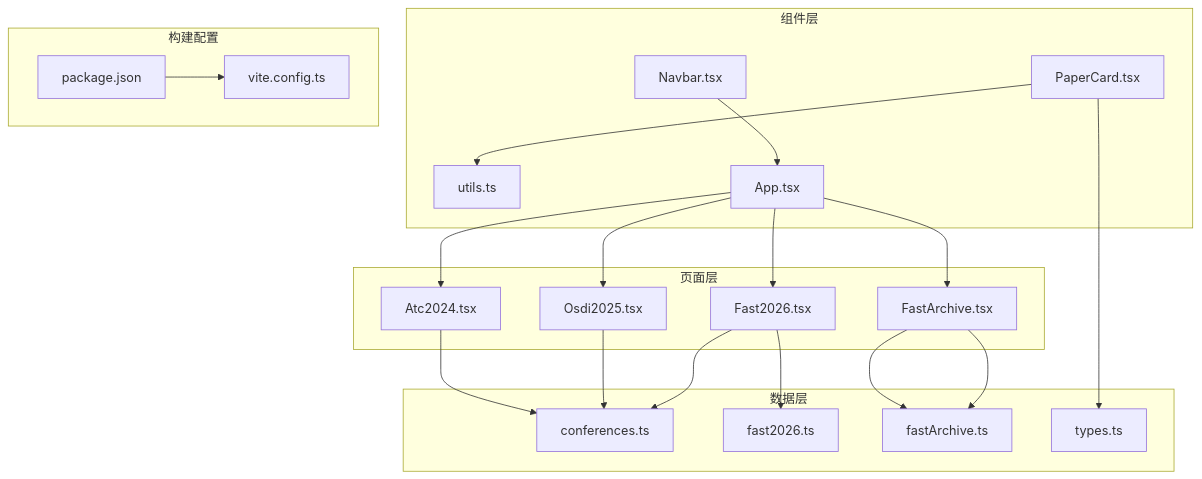
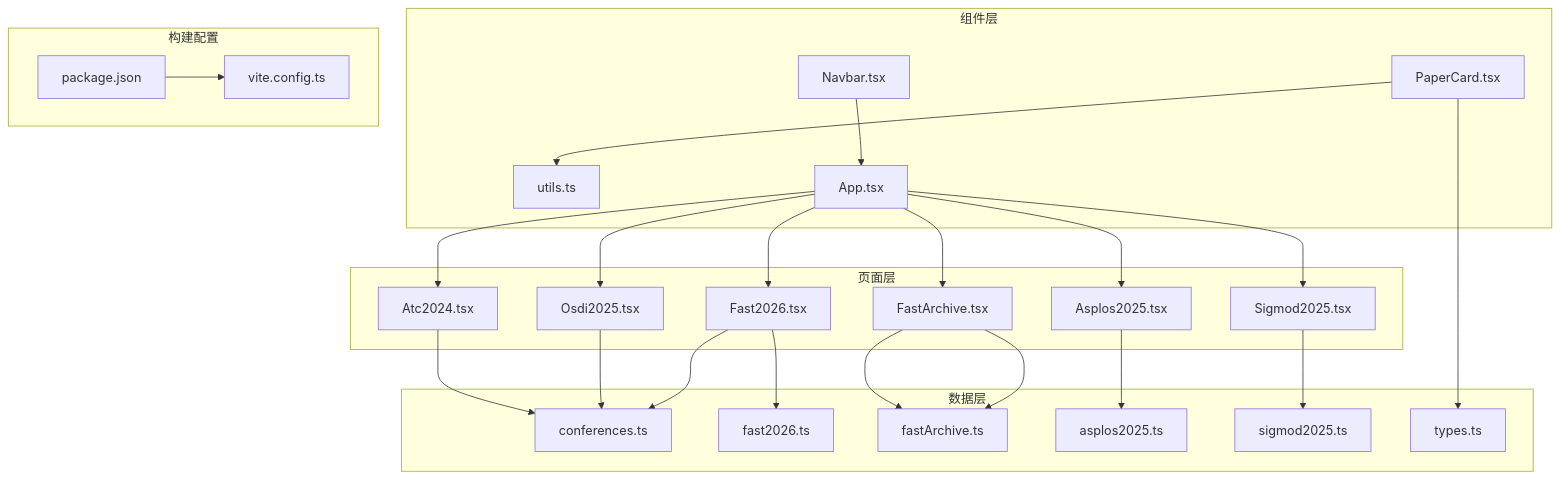
Before and after one commit to erikliu123/storage_ai_blog: the first of 3 diagrams in .qoder/repowiki/zh/content/页面组件/会议专题页面.md, drawn with Mermaid. The commit also changed other lines of this file and 84 other files, not shown here.

````diff
--- a/.qoder/repowiki/zh/content/页面组件/会议专题页面.md
+++ b/.qoder/repowiki/zh/content/页面组件/会议专题页面.md
@@ -46,39 +57,47 @@
 ```mermaid
 graph TB
 subgraph "页面层"
 F2026["Fast2026.tsx"]
 FA["FastArchive.tsx"]
 O2025["Osdi2025.tsx"]
 A2024["Atc2024.tsx"]
+AS2025["Asplos2025.tsx"]
+S2025["Sigmod2025.tsx"]
 end
 subgraph "数据层"
 CONF["conferences.ts"]
 F2026DATA["fast2026.ts"]
 FARCHIVE["fastArchive.ts"]
+ASDATA["asplos2025.ts"]
+SDATA["sigmod2025.ts"]
 TYPES["types.ts"]
 end
 subgraph "组件层"
 PC["PaperCard.tsx"]
 UTILS["utils.ts"]
 NAV["Navbar.tsx"]
 APP["App.tsx"]
 end
 subgraph "构建配置"
 PKG["package.json"]
 VITE["vite.config.ts"]
 end
 F2026 --> CONF
 FA --> FARCHIVE
 O2025 --> CONF
 A2024 --> CONF
+AS2025 --> ASDATA
+S2025 --> SDATA
 F2026 --> F2026DATA
 FA --> FARCHIVE
 PC --> TYPES
 PC --> UTILS
 NAV --> APP
 APP --> F2026
 APP --> FA
 APP --> O2025
 APP --> A2024
+APP --> AS2025
+APP --> S2025
 PKG --> VITE
 ```
````
